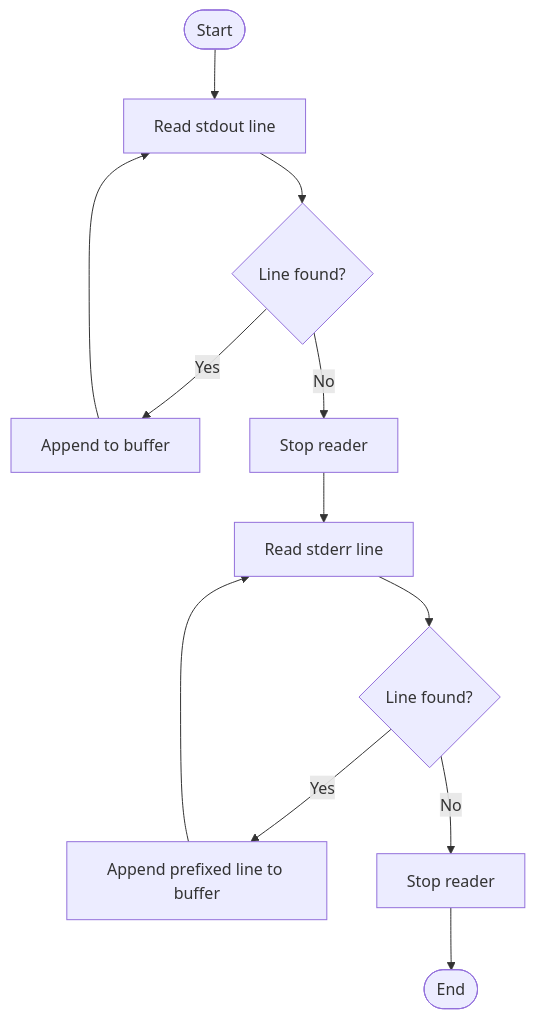
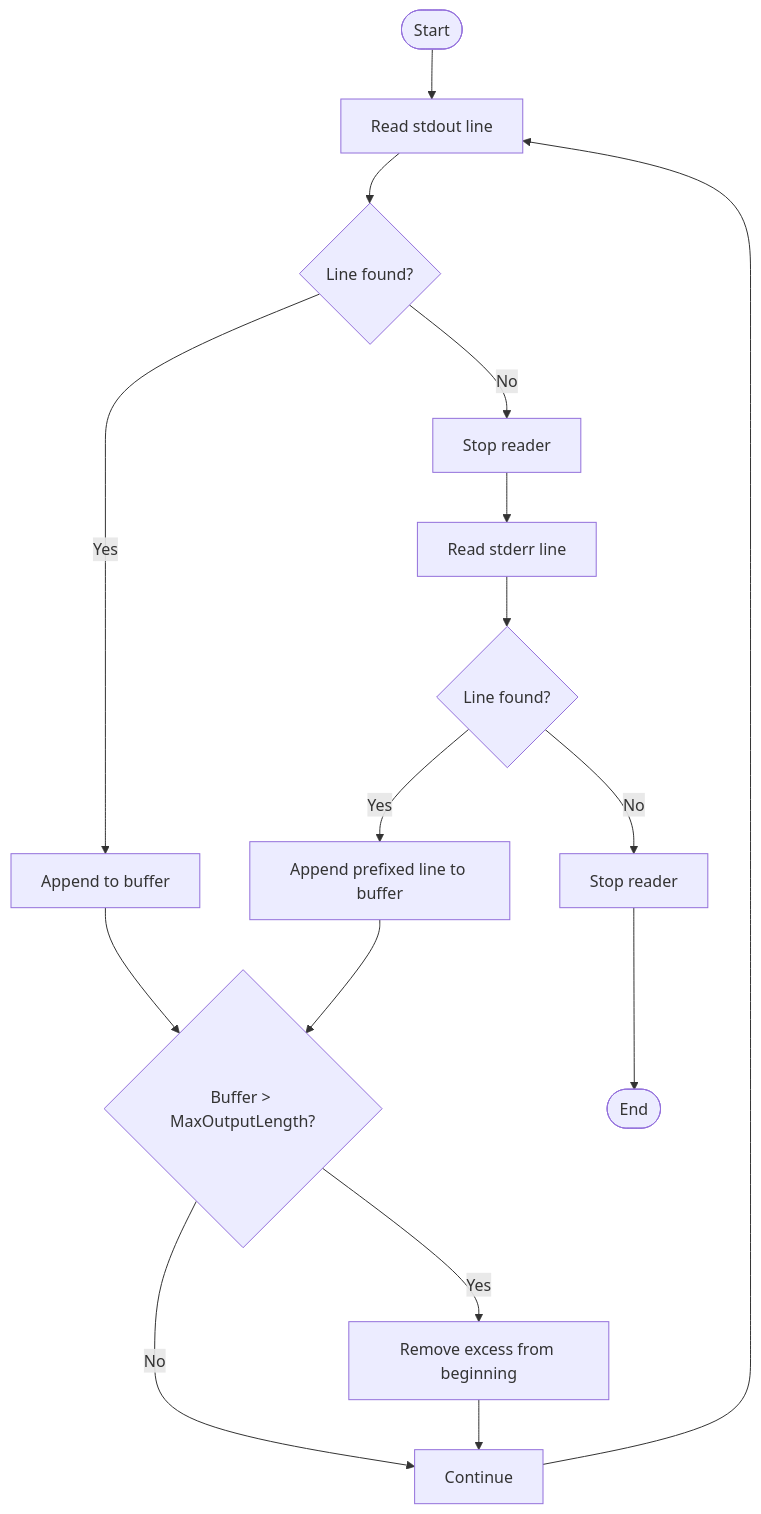
The fifth of 6 diagrams in .qoder/repowiki/en/content/API Reference/Services API/Terminal Manager API.md (AgenticDesktop/App), drawn with Mermaid before and after one commit. The commit also changed other lines of this file and 108 other files, not shown here.

````diff
--- a/.qoder/repowiki/en/content/API Reference/Services API/Terminal Manager API.md
+++ b/.qoder/repowiki/en/content/API Reference/Services API/Terminal Manager API.md
@@ -214,14 +231,18 @@
 ```mermaid
 flowchart TD
 Start(["Start"]) --> ReadStdout["Read stdout line"]
 ReadStdout --> LineFound{"Line found?"}
 LineFound --> |Yes| AppendOut["Append to buffer"]
+AppendOut --> CheckSize{"Buffer > MaxOutputLength?"}
+CheckSize --> |Yes| TrimBuffer["Remove excess from beginning"]
+CheckSize --> |No| Continue["Continue"]
+TrimBuffer --> Continue
+Continue --> ReadStdout
 LineFound --> |No| EndOut["Stop reader"]
-AppendOut --> ReadStdout
 EndOut --> ReadStderr["Read stderr line"]
 ReadStderr --> ErrLineFound{"Line found?"}
 ErrLineFound --> |Yes| AppendErr["Append prefixed line to buffer"]
+AppendErr --> CheckSize
 ErrLineFound --> |No| EndErr["Stop reader"]
-AppendErr --> ReadStderr
 EndErr --> End(["End"])
 ```
````
